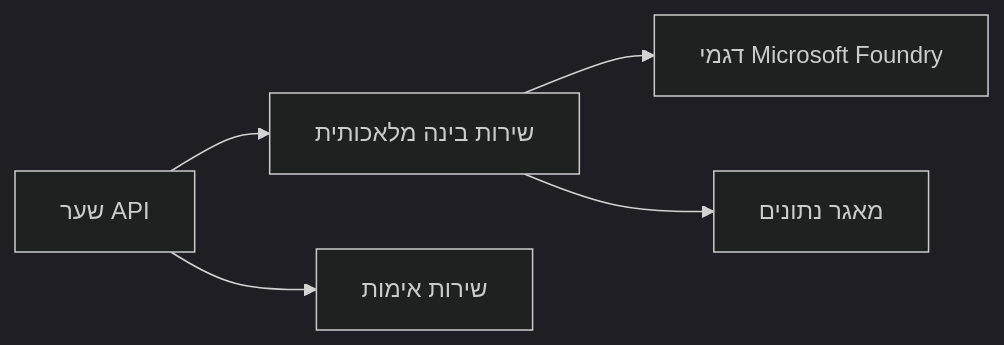
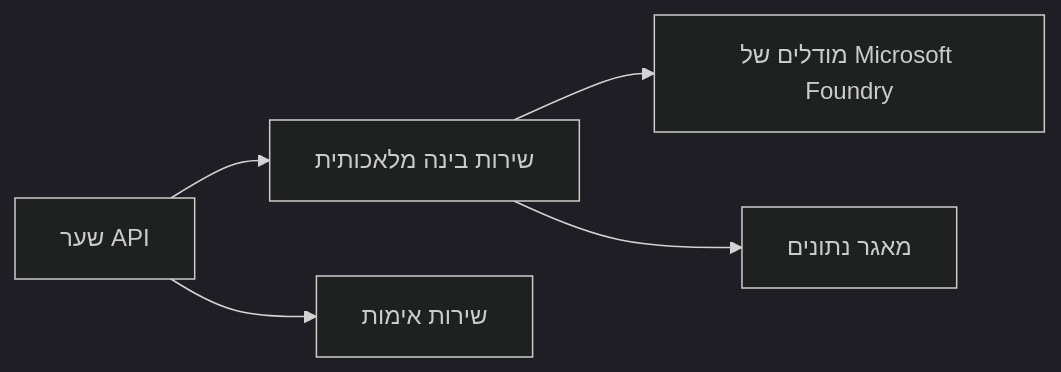
Before and after one commit to microsoft/AZD-for-beginners: the first of 2 diagrams in translations/he/docs/chapter-08-production/README.md, drawn with Mermaid (dark theme). The commit also changed other lines of this file and 104 other files, not shown here.

````diff
--- a/translations/he/docs/chapter-08-production/README.md
+++ b/translations/he/docs/chapter-08-production/README.md
@@ -48,6 +48,6 @@
 ```mermaid
 graph LR
-    Gateway[שער API] --> AI[שירות בינה מלאכותית] --> Models[דגמי Microsoft Foundry]
+    Gateway[שער API] --> AI[שירות בינה מלאכותית] --> Models[מודלים של Microsoft Foundry]
     Gateway --> Auth[שירות אימות]
     AI --> Data[מאגר נתונים]
 ```
````
